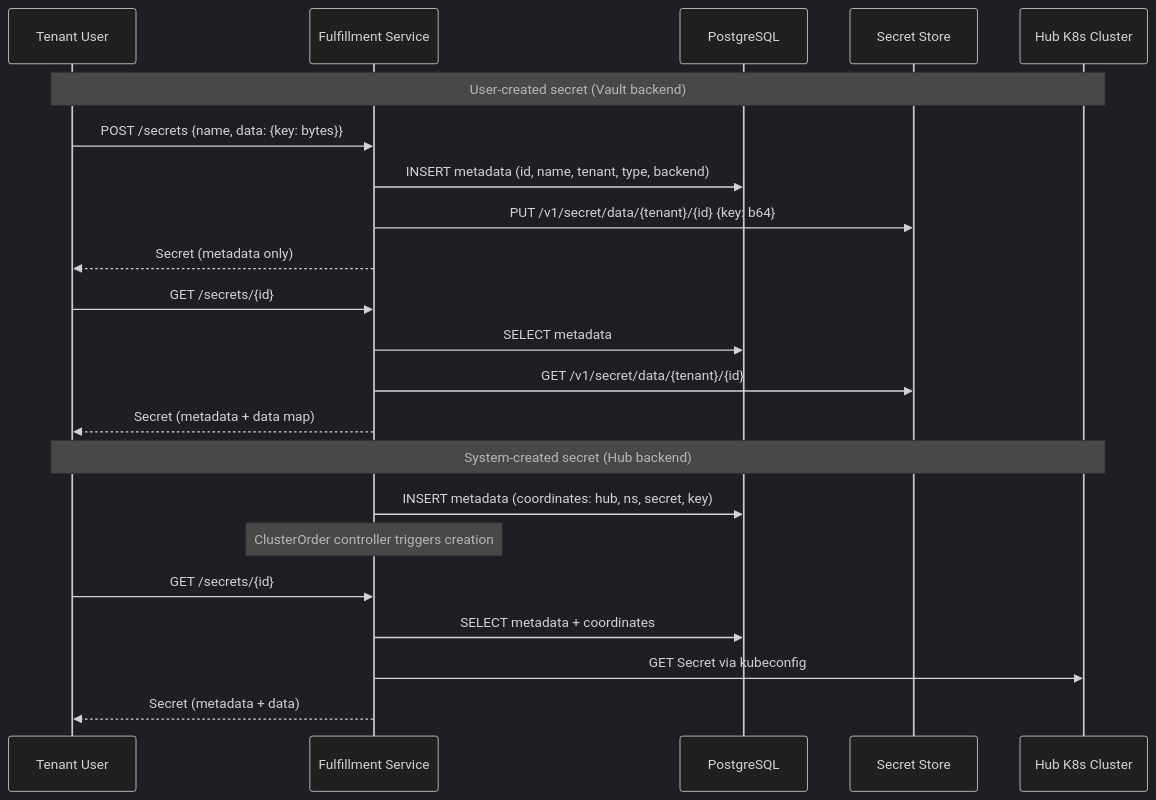
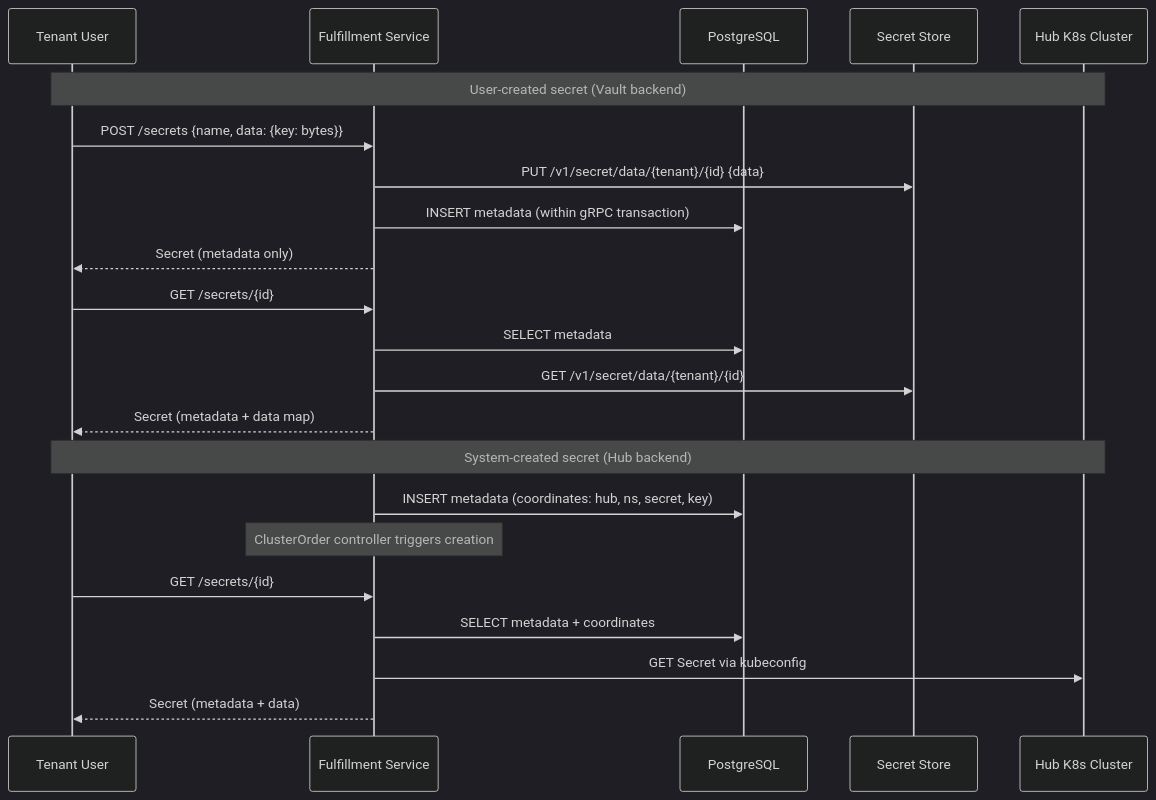
One commit to osac-project/enhancement-proposals changed the diagram in enhancements/secret-management/design.md. Above: the diagram before and after it, drawn with Mermaid (dark theme). The commit also changed other lines of this file, not shown here.

````diff
--- a/enhancements/secret-management/design.md
+++ b/enhancements/secret-management/design.md
@@ -150,28 +150,28 @@
 ```mermaid
 sequenceDiagram
     participant User as Tenant User
     participant API as Fulfillment Service
     participant DB as PostgreSQL
     participant VS as Secret Store
     participant Hub as Hub K8s Cluster
 
     Note over User,Hub: User-created secret (Vault backend)
     User->>API: POST /secrets {name, data: {key: bytes}}
-    API->>DB: INSERT metadata (id, name, tenant, type, backend)
-    API->>VS: PUT /v1/secret/data/{tenant}/{id} {key: b64}
+    API->>VS: PUT /v1/secret/data/{tenant}/{id} {data}
+    API->>DB: INSERT metadata (within gRPC transaction)
     API-->>User: Secret (metadata only)
 
     User->>API: GET /secrets/{id}
     API->>DB: SELECT metadata
     API->>VS: GET /v1/secret/data/{tenant}/{id}
     API-->>User: Secret (metadata + data map)
 
     Note over User,Hub: System-created secret (Hub backend)
     API->>DB: INSERT metadata (coordinates: hub, ns, secret, key)
     Note over API: ClusterOrder controller triggers creation
 
     User->>API: GET /secrets/{id}
     API->>DB: SELECT metadata + coordinates
     API->>Hub: GET Secret via kubeconfig
     API-->>User: Secret (metadata + data)
 ```
````
